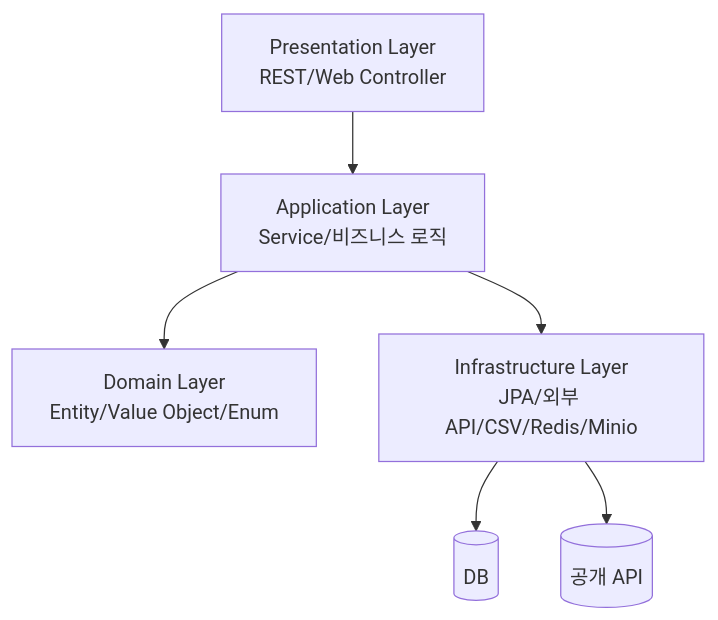
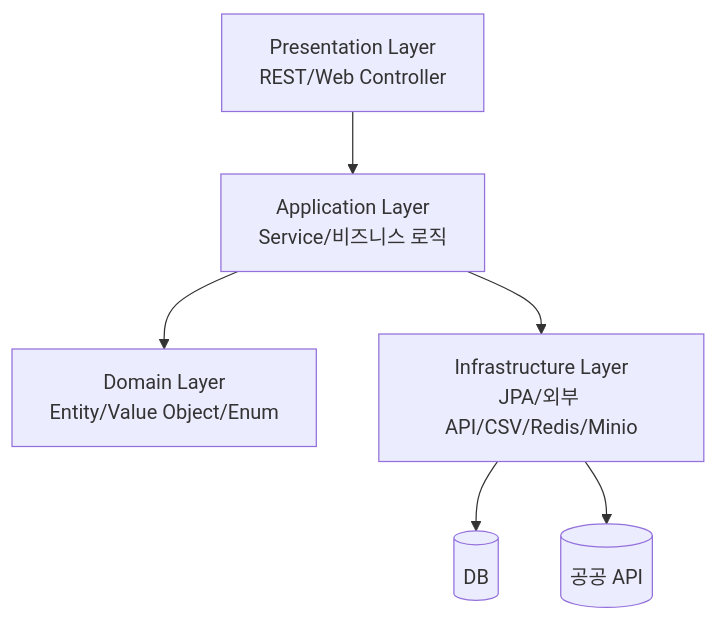
One commit to skyleedevzero86/public-data-harvester changed the diagram in README.md. Above: the diagram before and after it, drawn with Mermaid. The commit also changed other lines of this file, not shown here.

````diff
--- a/README.md
+++ b/README.md
@@ -27,14 +27,14 @@
 ```mermaid
 graph TD
     Controller[Presentation Layer<br/>REST/Web Controller]
     Service[Application Layer<br/>Service/비즈니스 로직]
     Domain[Domain Layer<br/>Entity/Value Object/Enum]
     Infra[Infrastructure Layer<br/>JPA/외부 API/CSV/Redis/Minio]
     DB[(DB)]
-    API[(공개 API)]
+    API[(공공 API)]
     Controller --> Service
     Service --> Domain
     Service --> Infra
     Infra --> DB
     Infra --> API
 ```
````
